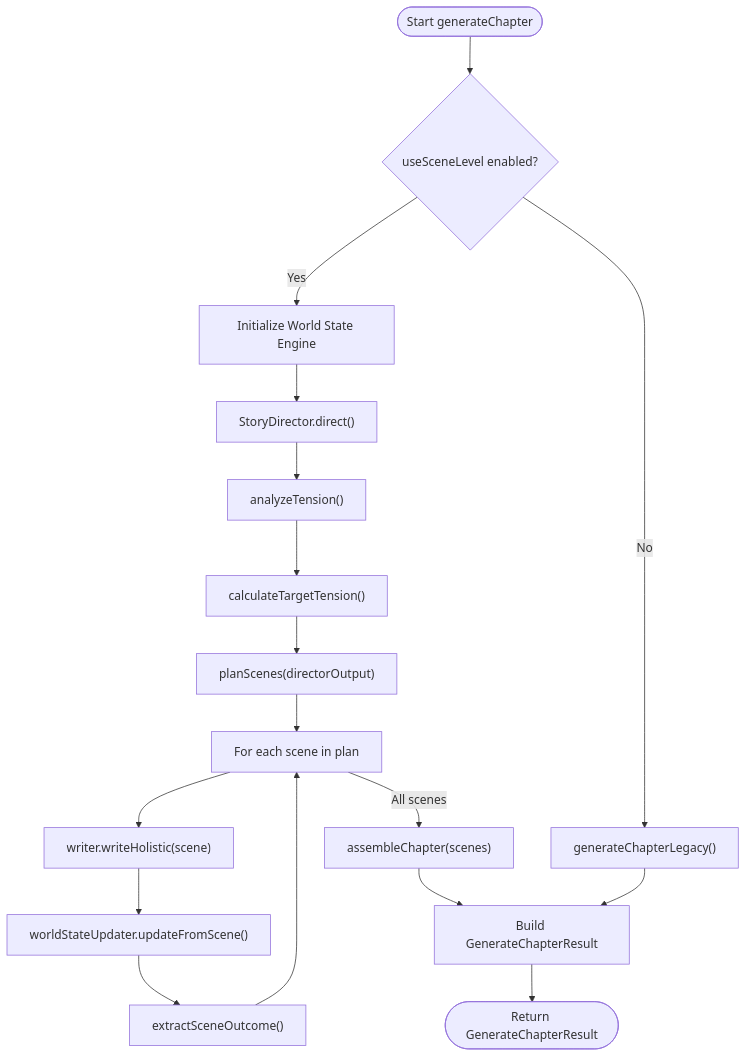
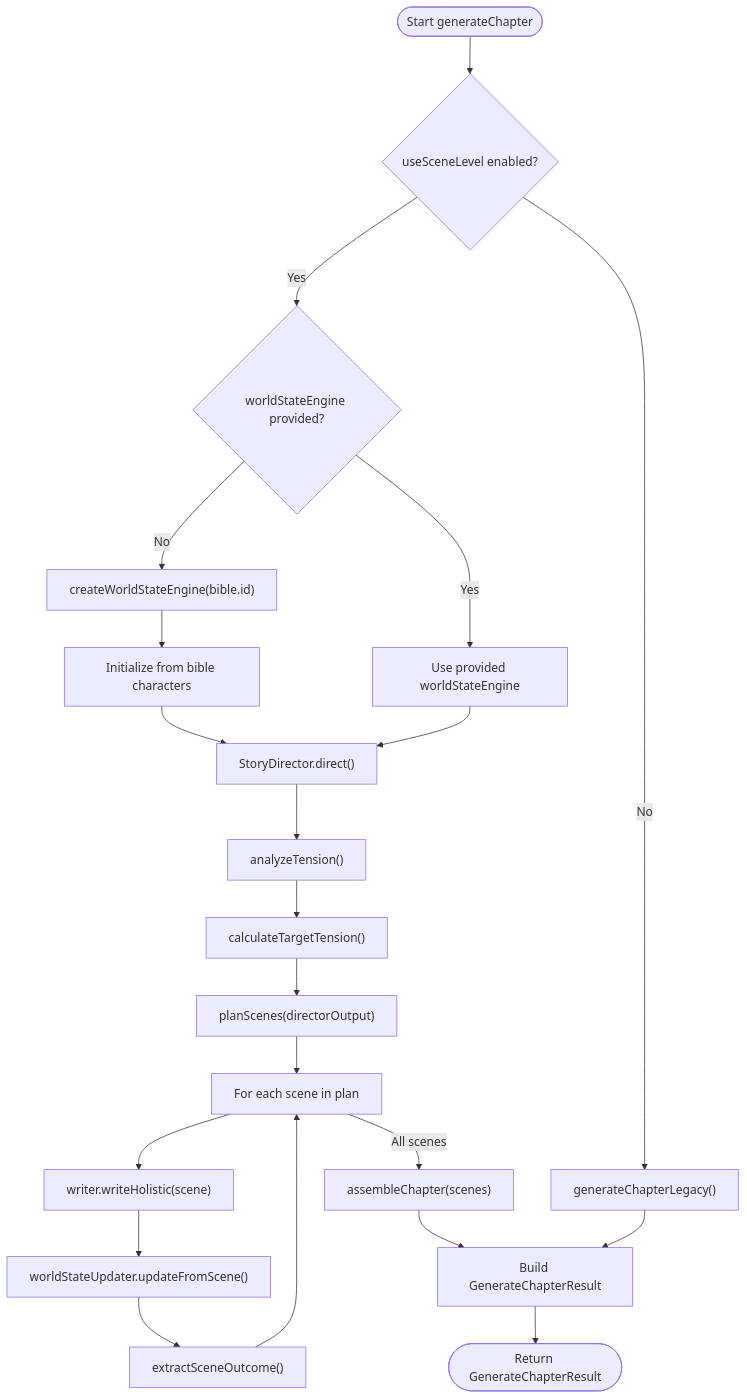
One commit to liwonder/NARRITIVE_OS changed the third of 4 diagrams in .qoder/repowiki/en/content/Engine Architecture/Generation Pipeline.md. Above: the diagram before and after it, drawn with Mermaid. The commit also changed other lines of this file and 78 other files, not shown here.

````diff
--- a/.qoder/repowiki/en/content/Engine Architecture/Generation Pipeline.md
+++ b/.qoder/repowiki/en/content/Engine Architecture/Generation Pipeline.md
@@ -213,19 +234,23 @@
 ```mermaid
 flowchart TD
 Start(["Start generateChapter"]) --> CheckMode{"useSceneLevel enabled?"}
-CheckMode --> |Yes| InitWorld["Initialize World State Engine"]
-InitWorld --> Director["StoryDirector.direct()"]
+CheckMode --> |Yes| CheckWorld{"worldStateEngine provided?"}
+CheckWorld --> |Yes| UseProvided["Use provided worldStateEngine"]
+CheckWorld --> |No| CreateEngine["createWorldStateEngine(bible.id)"]
+CreateEngine --> InitFromBible["Initialize from bible characters"]
+InitFromBible --> Director["StoryDirector.direct()"]
+UseProvided --> Director
 Director --> Tension["analyzeTension()"]
 Tension --> CalcTarget["calculateTargetTension()"]
 CalcTarget --> Planner["planScenes(directorOutput)"]
 Planner --> SceneLoop["For each scene in plan"]
 SceneLoop --> WriteScene["writer.writeHolistic(scene)"]
 WriteScene --> UpdateWorld["worldStateUpdater.updateFromScene()"]
 UpdateWorld --> ExtractOutcome["extractSceneOutcome()"]
 ExtractOutcome --> SceneLoop
 SceneLoop --> |All scenes| Assemble["assembleChapter(scenes)"]
 Assemble --> Build["Build GenerateChapterResult"]
 CheckMode --> |No| Legacy["generateChapterLegacy()"]
 Legacy --> Build
 Build --> End(["Return GenerateChapterResult"])
 ```
````
